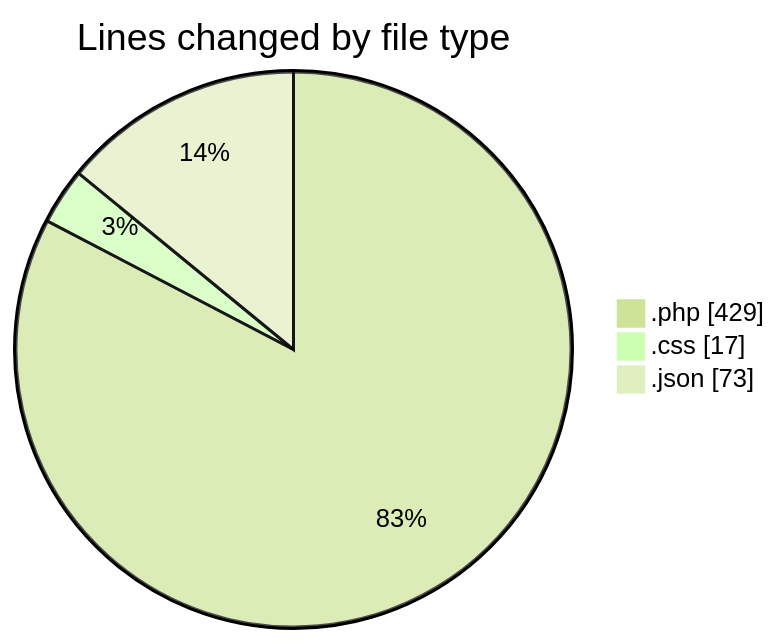
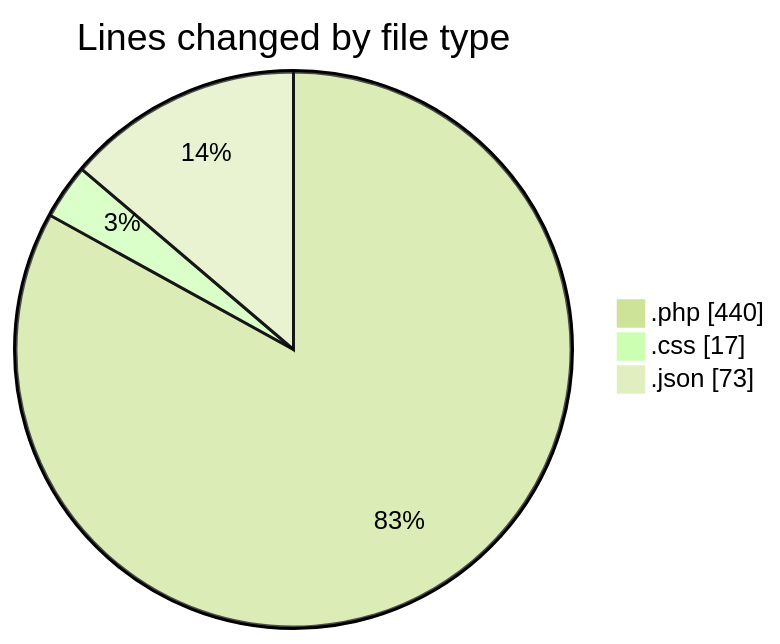
Before and after one commit to momahboobian/code-tracking: the first of 2 diagrams in 2026-03-20/newspaper-child/README.md, drawn with Mermaid (forest theme). The commit also changed other lines of this file and 1 other file, not shown here.

````diff
--- a/2026-03-20/newspaper-child/README.md
+++ b/2026-03-20/newspaper-child/README.md
@@ -30,7 +30,7 @@
 ```mermaid
 pie showData
 title Lines changed by file type
-".php" : 429
+".php" : 440
 ".css" : 17
 ".json" : 73
 ```
````
